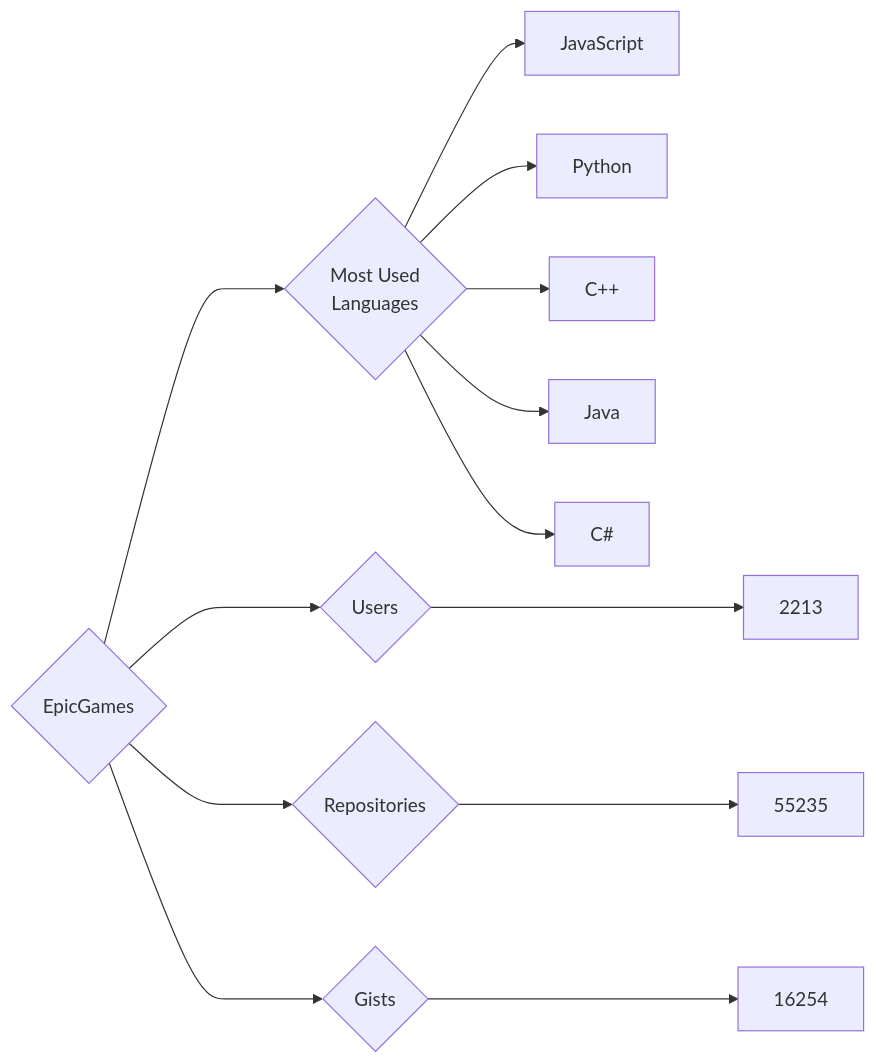
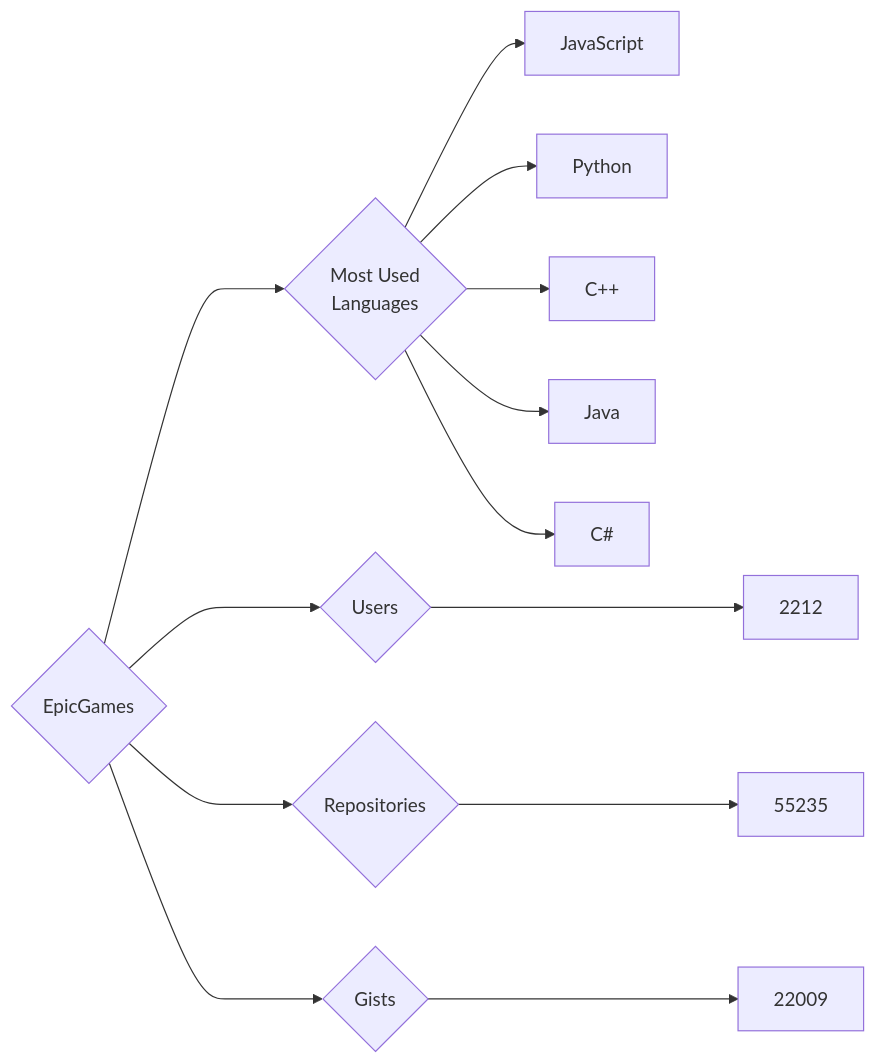
The diagram in targets/EpicGames/README.md (trickest/insiders), drawn with Mermaid before and after one commit. The commit also changed 677 other files, not shown here.

````diff
--- a/targets/EpicGames/README.md
+++ b/targets/EpicGames/README.md
@@ -3,13 +3,13 @@
 ```mermaid
 graph LR
 COMPANY_NAME{EpicGames}
-COMPANY_NAME ---> U{Users} ---> UN[2213]
+COMPANY_NAME ---> U{Users} ---> UN[2212]
 COMPANY_NAME ---> R{Repositories} ---> RN[55235]
-COMPANY_NAME ---> G{Gists} ---> GN[16254]
+COMPANY_NAME ---> G{Gists} ---> GN[22009]
 COMPANY_NAME ---> ML{Most Used<br>Languages}
 ML --> JavaScript[JavaScript]
 ML --> Python[Python]
 ML --> C++[C++]
 ML --> Java[Java]
 ML --> C#[C#]
 ```
````
